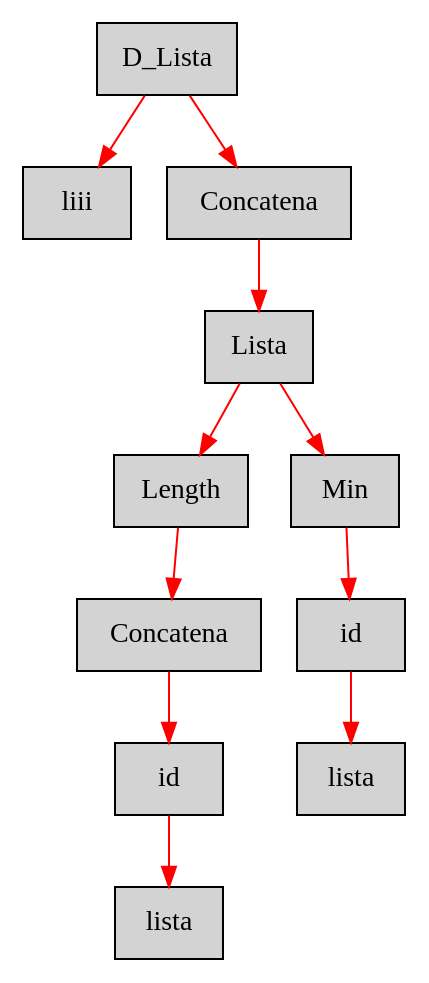
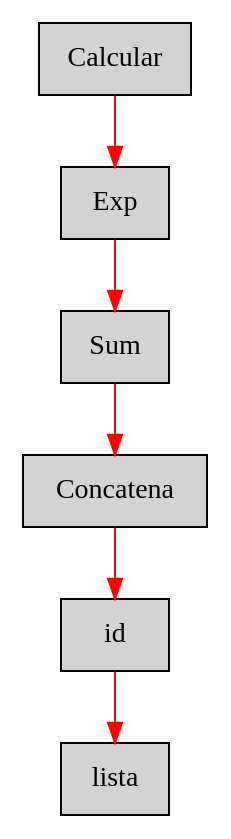
Before and after one commit to k12melissalima09sandoval/Proyecto: the diagram in AstConsola.dot, drawn with Graphviz. The commit also changed 4 other files, not shown here.

```diff
--- a/AstConsola.dot
+++ b/AstConsola.dot
@@ -1,14 +1,9 @@
 digraph G {node[shape=box, style=filled]; edge[color=red]
-node1208452244[label="D_Lista"];
- node1208452244->node778175396;node778175396[label="liii"];
- node1208452244->node202177840;node202177840[label="Concatena"];
- node202177840->node1611416467;node1611416467[label="Lista"];
- node1611416467->node341530658;node341530658[label="Length"];
- node341530658->node714741294;node714741294[label="Concatena"];
- node714741294->node1100254000;node1100254000[label="id"];
- node1100254000->node1124489290;node1124489290[label="lista"];
- node1611416467->node231899712;node231899712[label="Min"];
- node231899712->node1996738226;node1996738226[label="id"];
- node1996738226->node313202281;node313202281[label="lista"];
+node125840024[label="Calcular"];
+ node125840024->node1458222994;node1458222994[label="Exp"];
+ node1458222994->node1173573432;node1173573432[label="Sum"];
+ node1173573432->node372935910;node372935910[label="Concatena"];
+ node372935910->node283680851;node283680851[label="id"];
+ node283680851->node331203579;node331203579[label="lista"];
 
 }
```
